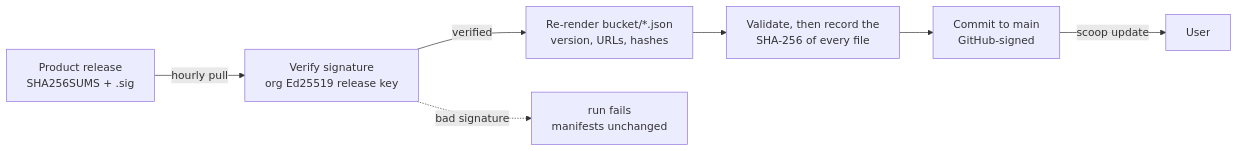
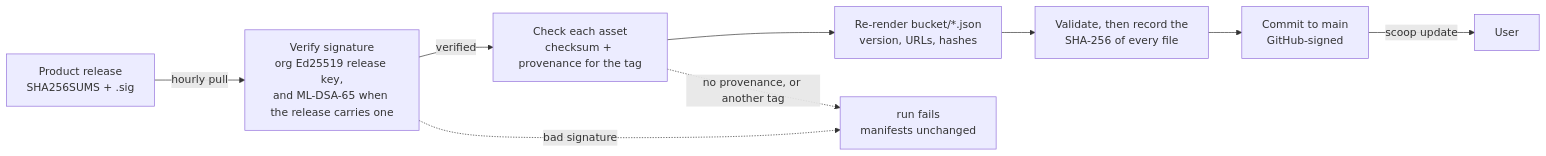
One commit to Glyndor/scoop-bucket changed the diagram in README.md. Above: the diagram before and after it, drawn with Mermaid. The commit also changed 49 other files, not shown here.

````diff
--- a/README.md
+++ b/README.md
@@ -60,9 +60,11 @@
 ```mermaid
 flowchart LR
-  R["Product release<br/>SHA256SUMS + .sig"] -->|hourly pull| V["Verify signature<br/>org Ed25519 release key"]
-  V -->|verified| G["Re-render bucket/*.json<br/>version, URLs, hashes"]
+  R["Product release<br/>SHA256SUMS + .sig"] -->|hourly pull| V["Verify signature<br/>org Ed25519 release key,<br/>and ML-DSA-65 when the release carries one"]
+  V -->|verified| P["Check each asset<br/>checksum + provenance for the tag"]
+  P --> G["Re-render bucket/*.json<br/>version, URLs, hashes"]
   G --> D["Validate, then record the<br/>SHA-256 of every file"]
   D --> C["Commit to main<br/>GitHub-signed"]
   C -->|scoop update| U["User"]
   V -.->|bad signature| X["run fails<br/>manifests unchanged"]
+  P -.->|no provenance, or another tag| X
 ```
````
